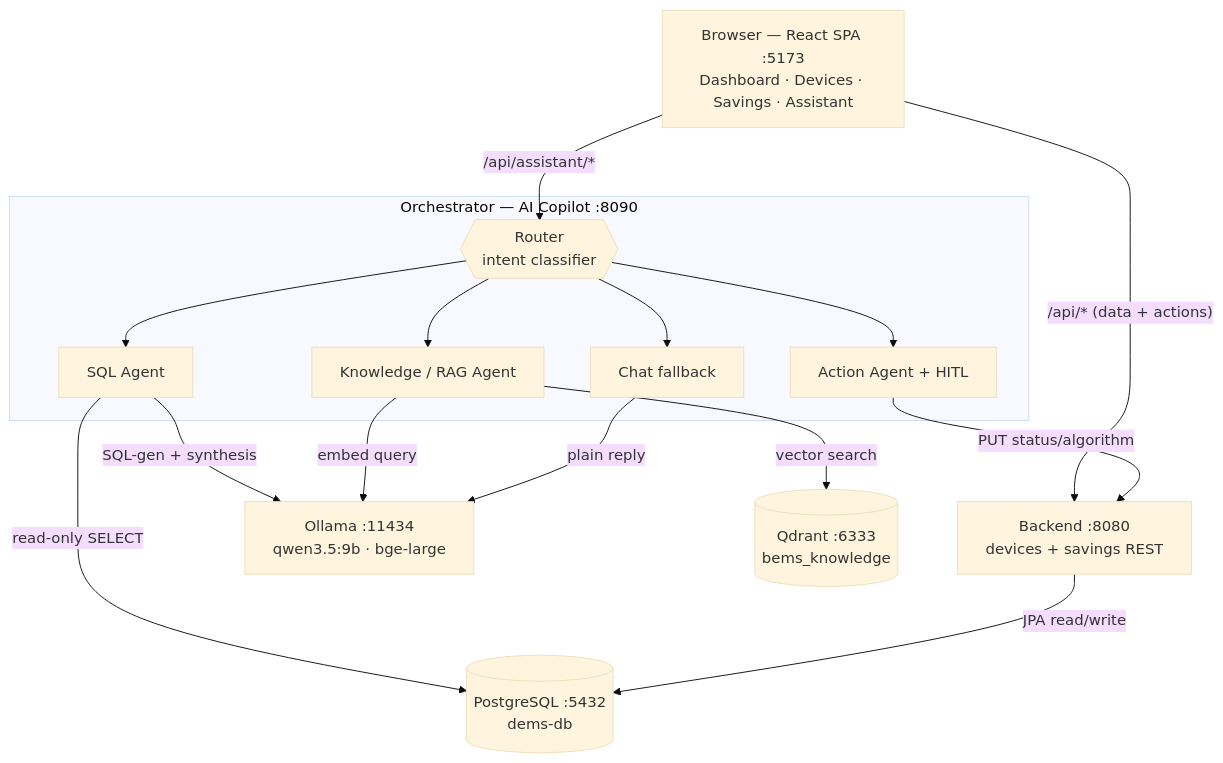
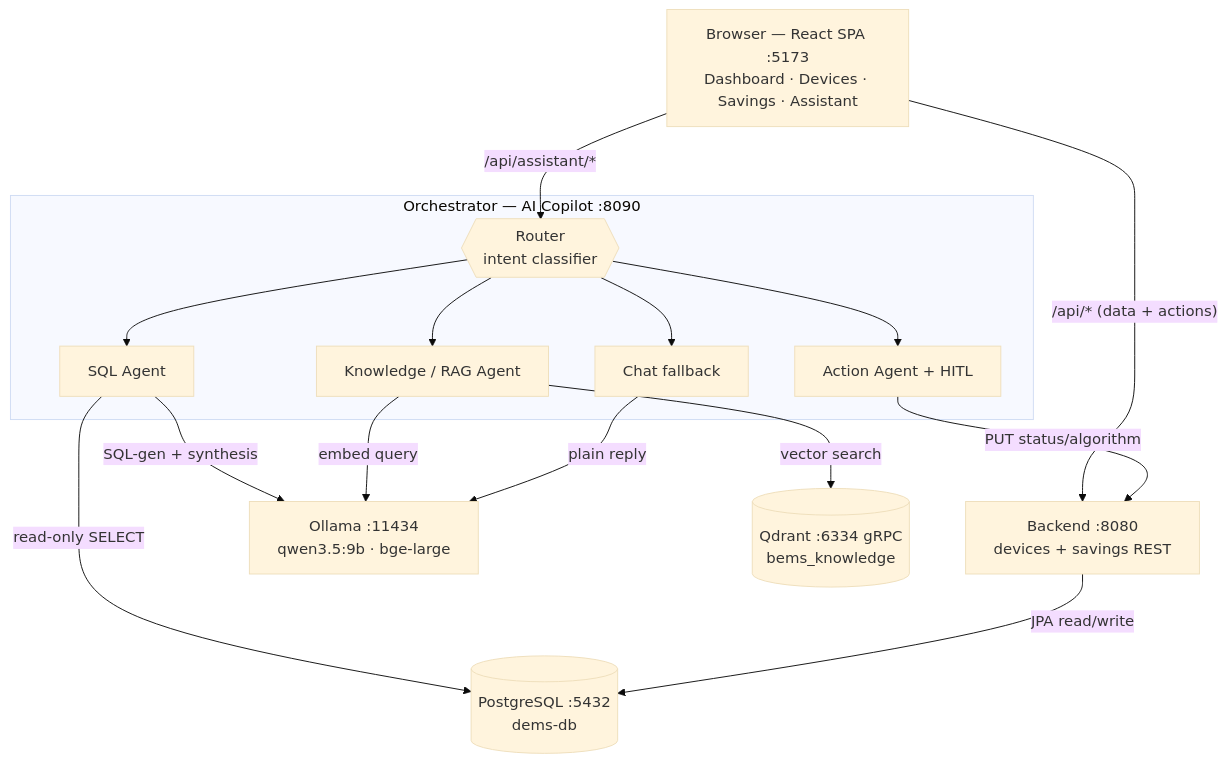
One commit to vishal6042/energy-management changed the first of 5 diagrams in README.md. Above: the diagram before and after it, drawn with Mermaid (base theme). The commit also changed other lines of this file, not shown here.

````diff
--- a/README.md
+++ b/README.md
@@ -15,31 +15,31 @@
 ```mermaid
 graph TB
     UI["Browser — React SPA :5173<br/>Dashboard · Devices · Savings · Assistant"]
 
     subgraph ORCH["Orchestrator — AI Copilot :8090"]
         R{{"Router<br/>intent classifier"}}
         SQLA["SQL Agent"]
         RAGA["Knowledge / RAG Agent"]
         ACTA["Action Agent + HITL"]
         CHATA["Chat fallback"]
     end
 
     BE["Backend :8080<br/>devices + savings REST"]
     OLL["Ollama :11434<br/>qwen3.5:9b · bge-large"]
-    QD[("Qdrant :6333<br/>bems_knowledge")]
+    QD[("Qdrant :6334 gRPC<br/>bems_knowledge")]
     PG[("PostgreSQL :5432<br/>dems-db")]
 
     UI -->|"/api/assistant/*"| R
     UI -->|"/api/* (data + actions)"| BE
     R --> SQLA
     R --> RAGA
     R --> ACTA
     R --> CHATA
     SQLA -->|"SQL-gen + synthesis"| OLL
     SQLA -->|"read-only SELECT"| PG
     RAGA -->|"embed query"| OLL
     RAGA -->|"vector search"| QD
     ACTA -->|"PUT status/algorithm"| BE
     CHATA -->|"plain reply"| OLL
     BE -->|"JPA read/write"| PG
 ```
````
